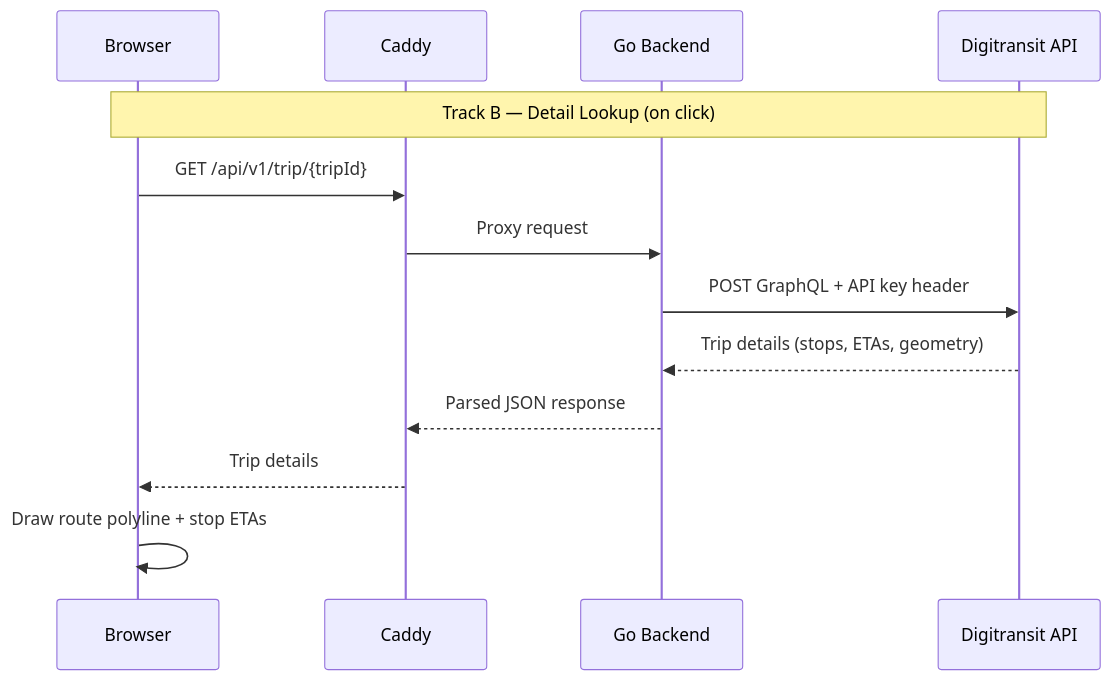
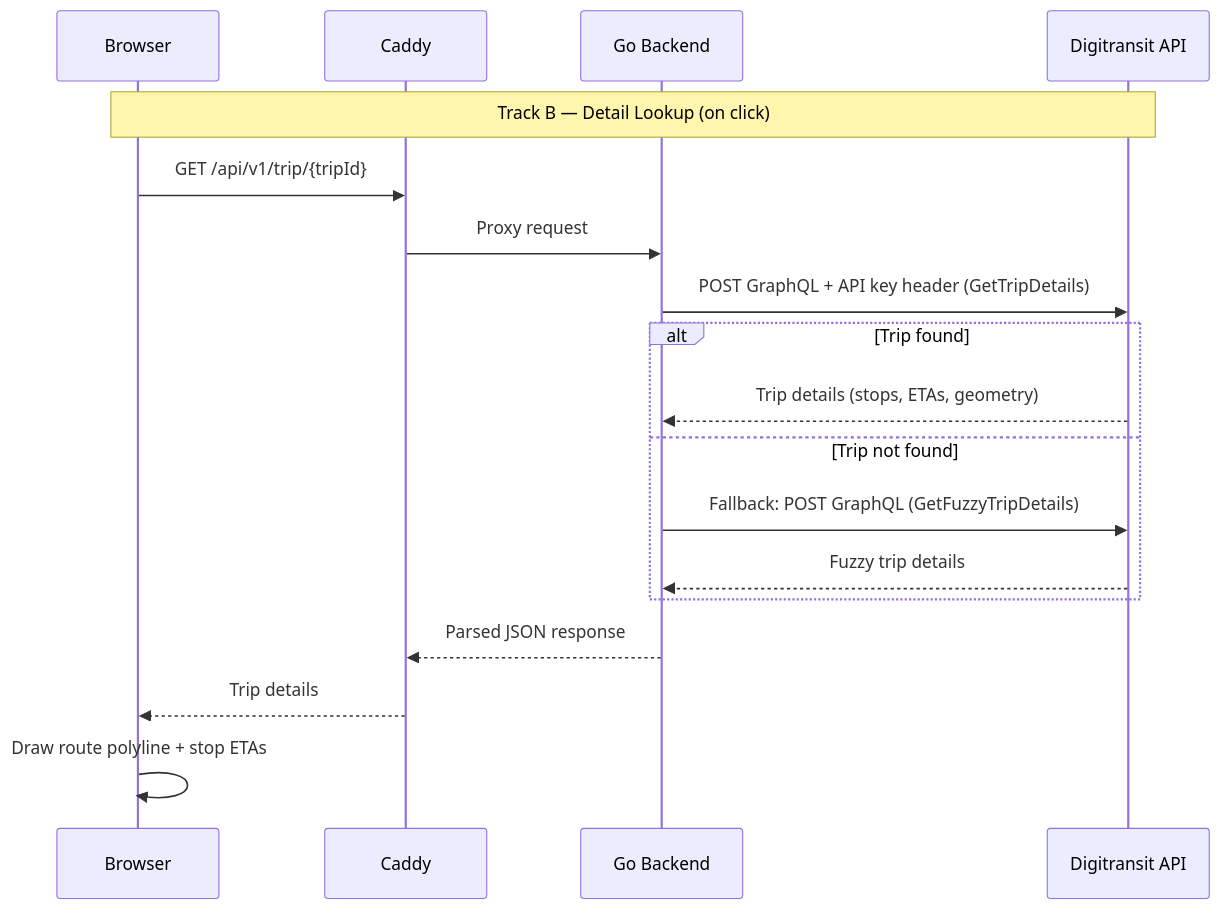
Before and after one commit to Saavuori/ratikka: the third of 7 diagrams in docs/PLAN.md, drawn with Mermaid. The commit also changed other lines of this file and 6 other files, not shown here.

Commit message:
docs: update HSL - LIVE documentation, diagrams, and screenshots

````diff
--- a/docs/PLAN.md
+++ b/docs/PLAN.md
@@ -123,17 +128,22 @@
 ```mermaid
 sequenceDiagram
     participant BROWSER as Browser
     participant CADDY as Caddy
     participant GO as Go Backend
     participant DT as Digitransit API
 
     Note over BROWSER,DT: Track B — Detail Lookup (on click)
     
     BROWSER->>CADDY: GET /api/v1/trip/{tripId}
     CADDY->>GO: Proxy request
-    GO->>DT: POST GraphQL + API key header
-    DT-->>GO: Trip details (stops, ETAs, geometry)
+    GO->>DT: POST GraphQL + API key header (GetTripDetails)
+    alt Trip found
+        DT-->>GO: Trip details (stops, ETAs, geometry)
+    else Trip not found
+        GO->>DT: Fallback: POST GraphQL (GetFuzzyTripDetails)
+        DT-->>GO: Fuzzy trip details
+    end
     GO-->>CADDY: Parsed JSON response
     CADDY-->>BROWSER: Trip details
     BROWSER->>BROWSER: Draw route polyline + stop ETAs
 ```
````
